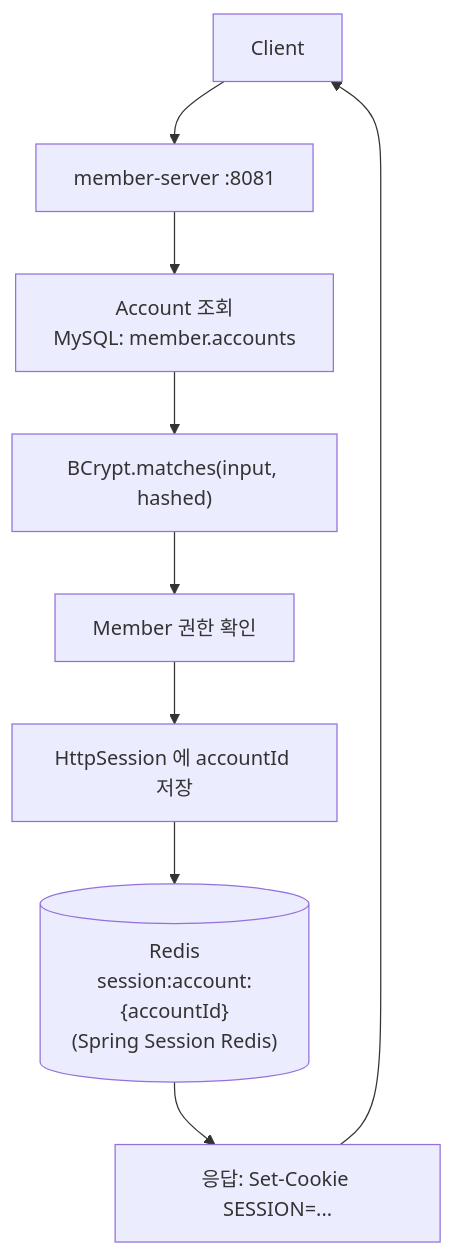
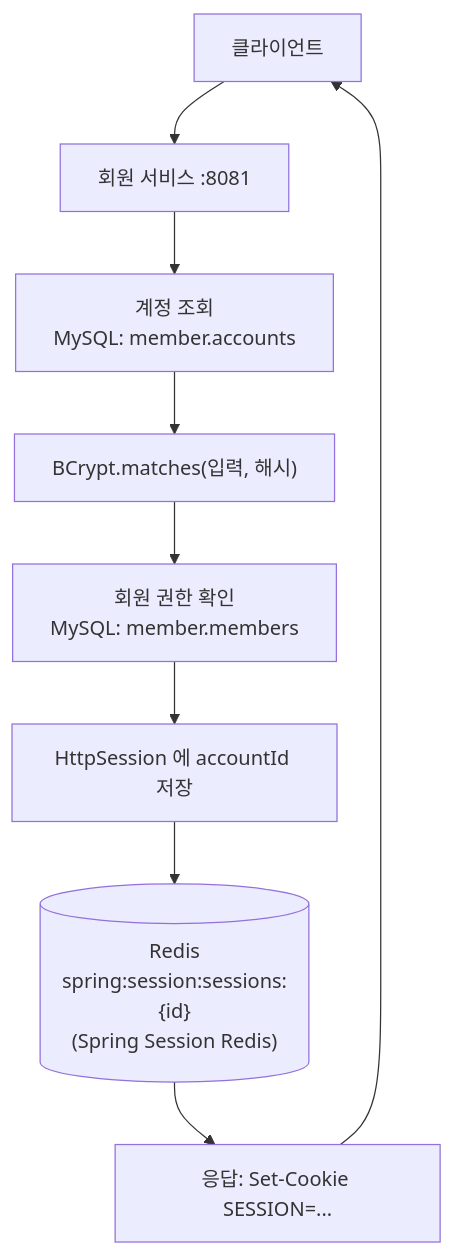
Before and after one commit to ing9990/deep-blog: the diagram in mini-coupang/diagrams/src/03-member-login.mmd, drawn with Mermaid. The commit also changed 21 other files, not shown here.

First line of the commit message:
docs(diagrams): 한글 라벨 컨벤션 일괄 적용 + UC-08 MySQL LIKE 단일 채널로 정정

```diff
--- a/mini-coupang/diagrams/src/03-member-login.mmd
+++ b/mini-coupang/diagrams/src/03-member-login.mmd
@@ -1,9 +1,9 @@
 flowchart TD
-    C["Client"] --> MS["member-server :8081"]
-    MS --> A["Account 조회<br/>MySQL: member.accounts"]
-    A --> B["BCrypt.matches(input, hashed)"]
-    B --> M["Member 권한 확인"]
+    C["클라이언트"] --> MS["회원 서비스 :8081"]
+    MS --> A["계정 조회<br/>MySQL: member.accounts"]
+    A --> B["BCrypt.matches(입력, 해시)"]
+    B --> M["회원 권한 확인<br/>MySQL: member.members"]
     M --> S["HttpSession 에 accountId 저장"]
-    S --> R[("Redis<br/>session:account:{accountId}<br/>(Spring Session Redis)")]
+    S --> R[("Redis<br/>spring:session:sessions:{id}<br/>(Spring Session Redis)")]
     R --> Resp["응답: Set-Cookie SESSION=..."]
     Resp --> C
```
